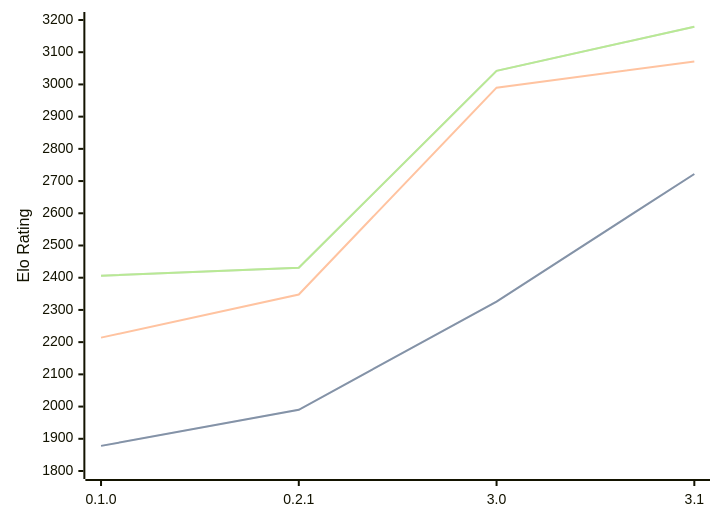
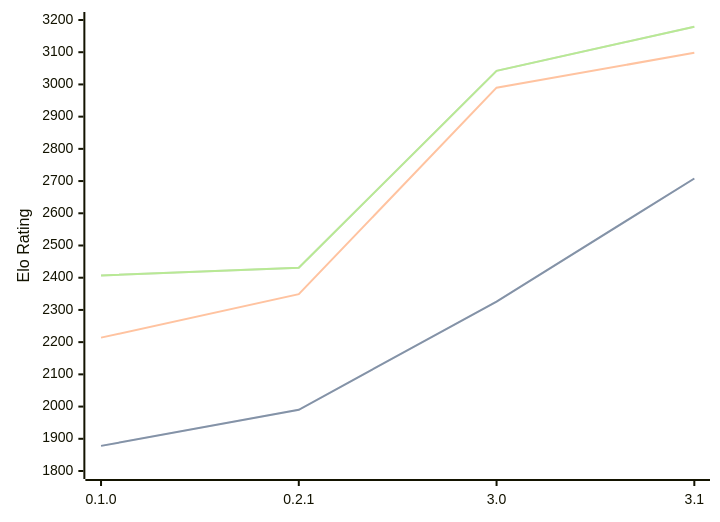
One commit to computer-chess-index/cci changed the third of 3 diagrams in engines/Sykora.md. Above: the diagram before and after it, drawn with Mermaid. The commit also changed other lines of this file, not shown here.

Commit message:
Update CCI Ratings (ELO VLTC) - 2026-07-18

````diff
--- a/engines/Sykora.md
+++ b/engines/Sykora.md
@@ -68,11 +68,11 @@
 ```mermaid
 %%{init: {"theme":"base","themeVariables":{"seriesColors:['#a3a3a3','#222221','#faa371']}}}%%
 xychart-beta
   x-axis ["0.1.0", "0.2.1", "3.0", "3.1"]
   y-axis "Elo Rating" 1800 --> 3200
-  line "STC (8.0+0.08s)" [1878, 1990, 2326, 2722]
-  line "STC (8.0+0.08s)" [1878, 1990, 2326, 2722]
-  line "LTC (60.0+0.60s)" [2214, 2348, 2990, 3071]
-  line "VLTC (2m24s+1.12s)" [2406, 2431, 3042, 3179]
-  line "VLTC (2m24s+1.12s)" [2406, 2431, 3042, 3179]
+  line "STC (8.0+0.08s)" [1878, 1990, 2326, 2708]
+  line "STC (8.0+0.08s)" [1878, 1990, 2326, 2708]
+  line "LTC (60.0+0.60s)" [2214, 2349, 2990, 3098]
+  line "VLTC (2m24s+1.12s)" [2407, 2431, 3042, 3179]
+  line "VLTC (2m24s+1.12s)" [2407, 2431, 3042, 3179]
 ```
````
